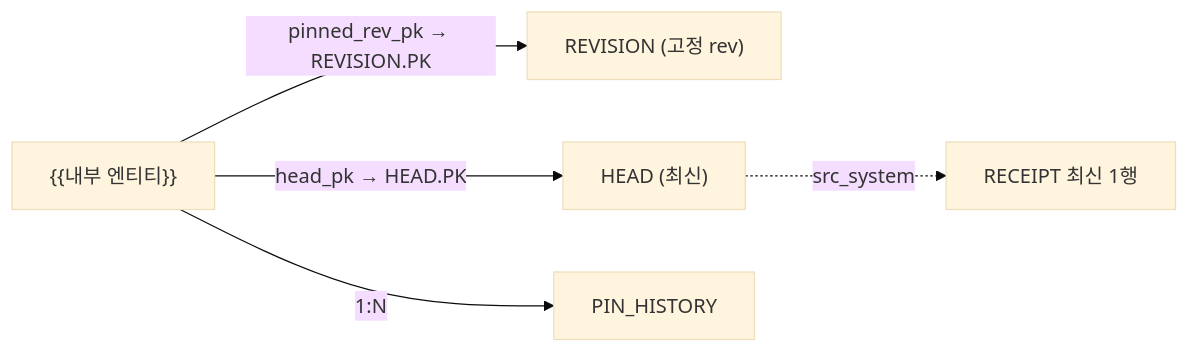
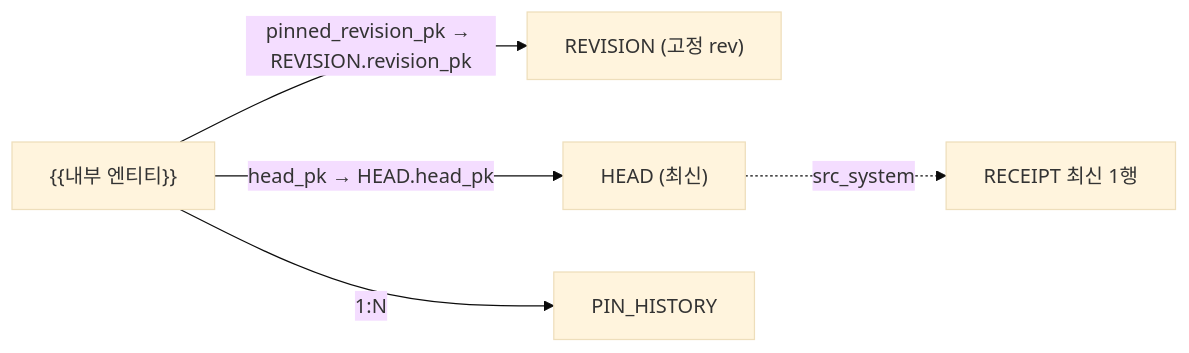
The second of 2 diagrams in docs/design/basic-info-ui.md (KangSage/foundry-action-concurrency-poc), drawn with Mermaid (base theme) before and after one commit. The commit also changed other lines of this file, not shown here.

First line of the commit message:
docs(design): basic-info-ui rev 2 — 내부 AI 검토 5건 반영

````diff
--- a/docs/design/basic-info-ui.md
+++ b/docs/design/basic-info-ui.md
@@ -54,7 +71,7 @@
 ```mermaid
 flowchart LR
-  INT["{{내부 엔티티}}"] -->|"pinned_rev_pk → REVISION.PK"| REV["REVISION (고정 rev)"]
-  INT -->|"head_pk → HEAD.PK"| HEAD["HEAD (최신)"]
+  INT["{{내부 엔티티}}"] -->|"pinned_revision_pk → REVISION.revision_pk"| REV["REVISION (고정 rev)"]
+  INT -->|"head_pk → HEAD.head_pk"| HEAD["HEAD (최신)"]
   INT -->|"1:N"| PH["PIN_HISTORY"]
   HEAD -.->|"src_system"| RCP["RECEIPT 최신 1행"]
 ```
````
